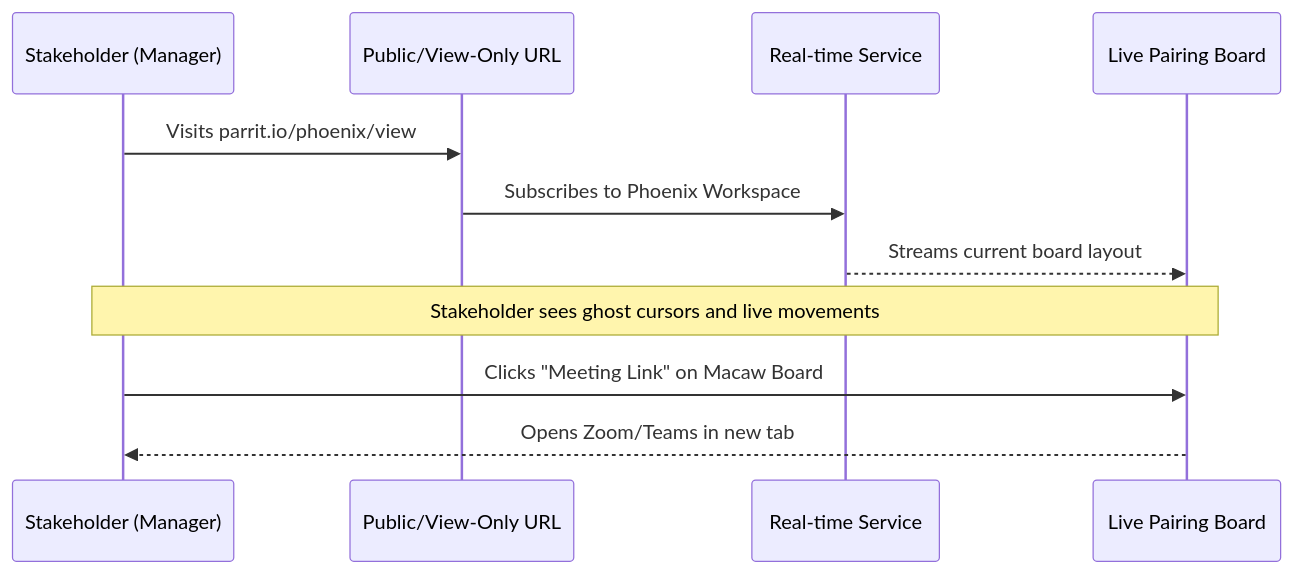
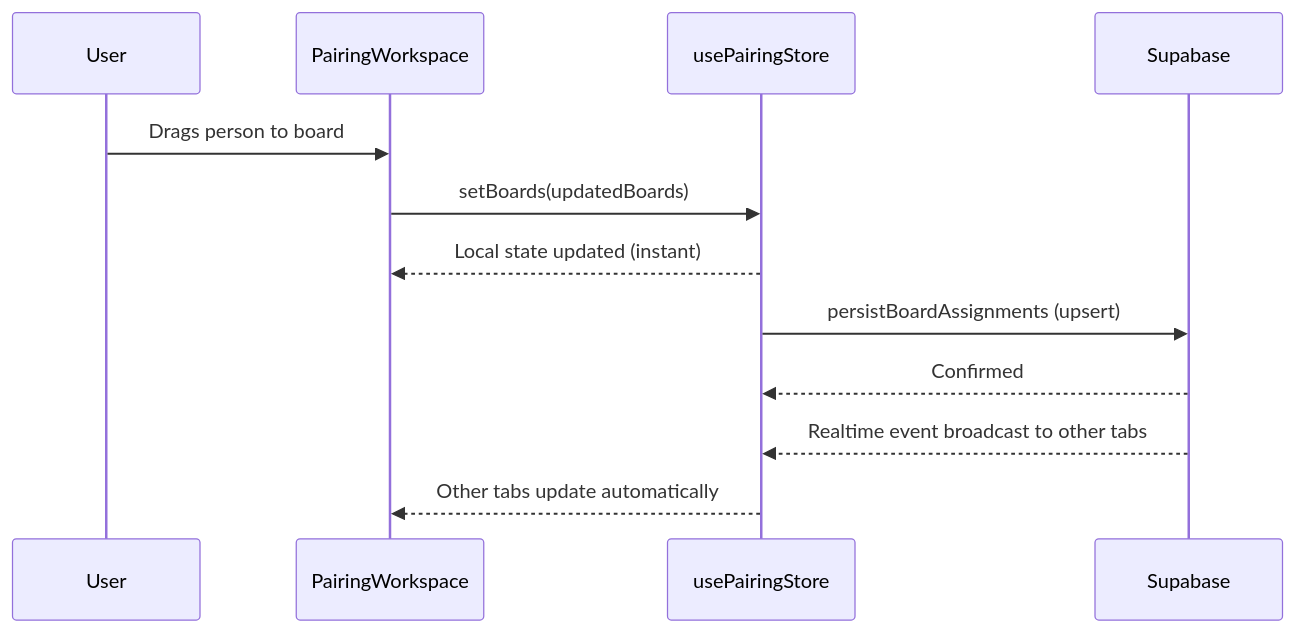
The third of 3 diagrams in docs/context/architecture.md (mketiku/parrit), drawn with Mermaid before and after one commit. The commit also changed other lines of this file and 10 other files, not shown here.

Commit message:
feat: toast notifications, real-time sync, schema moved to supabase/, docs updated

````diff
--- a/docs/context/architecture.md
+++ b/docs/context/architecture.md
@@ -134,14 +97,15 @@
 ```mermaid
 sequenceDiagram
-    participant M as Stakeholder (Manager)
-    participant L as Public/View-Only URL
-    participant W as Real-time Service
-    participant B as Live Pairing Board
+    participant U as User
+    participant W as PairingWorkspace
+    participant Z as usePairingStore
+    participant S as Supabase
 
-    M->>L: Visits parrit.io/phoenix/view
-    L->>W: Subscribes to Phoenix Workspace
-    W-->>B: Streams current board layout
-    Note over M, B: Stakeholder sees ghost cursors and live movements
-    M->>B: Clicks "Meeting Link" on Macaw Board
-    B-->>M: Opens Zoom/Teams in new tab
+    U->>W: Drags person to board
+    W->>Z: setBoards(updatedBoards)
+    Z-->>W: Local state updated (instant)
+    Z->>S: persistBoardAssignments (upsert)
+    S-->>Z: Confirmed
+    S-->>Z: Realtime event broadcast to other tabs
+    Z-->>W: Other tabs update automatically
 ```
````
